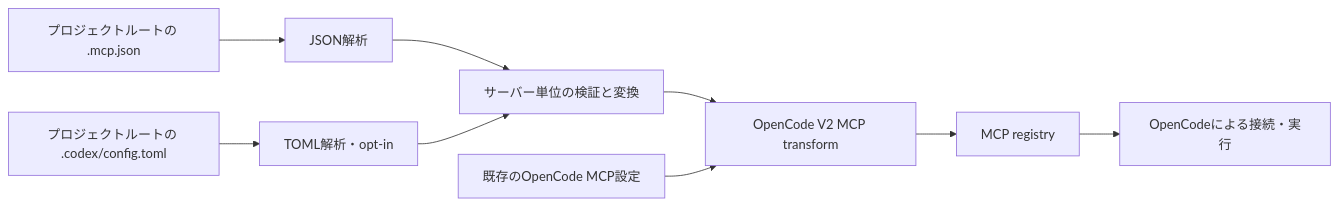
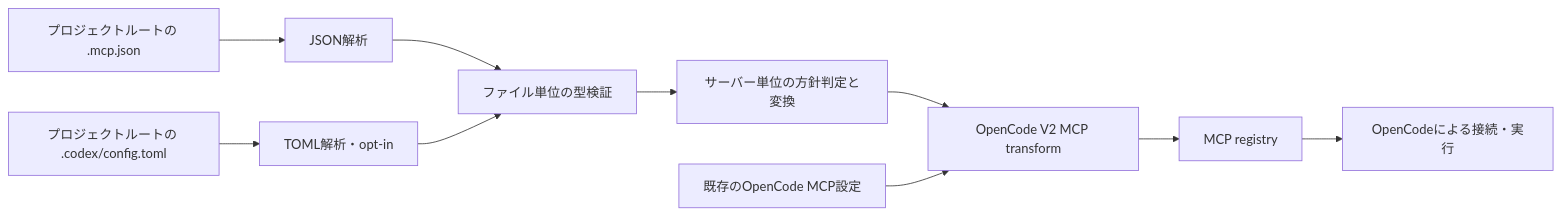
One commit to wizaman/opencode-mcp-config-importer changed the diagram in docs/architecture.md. Above: the diagram before and after it, drawn with Mermaid. The commit also changed other lines of this file and 9 other files, not shown here.

````diff
--- a/docs/architecture.md
+++ b/docs/architecture.md
@@ -16,11 +16,12 @@
 ```mermaid
 flowchart LR
     A[プロジェクトルートの .mcp.json] --> B[JSON解析]
     X[プロジェクトルートの .codex/config.toml] --> Y[TOML解析・opt-in]
-    B --> C[サーバー単位の検証と変換]
-    Y --> C
+    B --> V[ファイル単位の型検証]
+    Y --> V
+    V --> C[サーバー単位の方針判定と変換]
     C --> D[OpenCode V2 MCP transform]
     N[既存のOpenCode MCP設定] --> D
     D --> E[MCP registry]
     E --> F[OpenCodeによる接続・実行]
 ```
````
